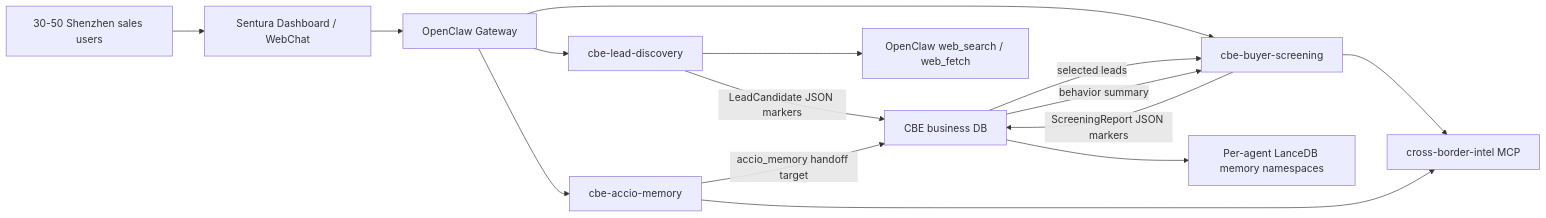
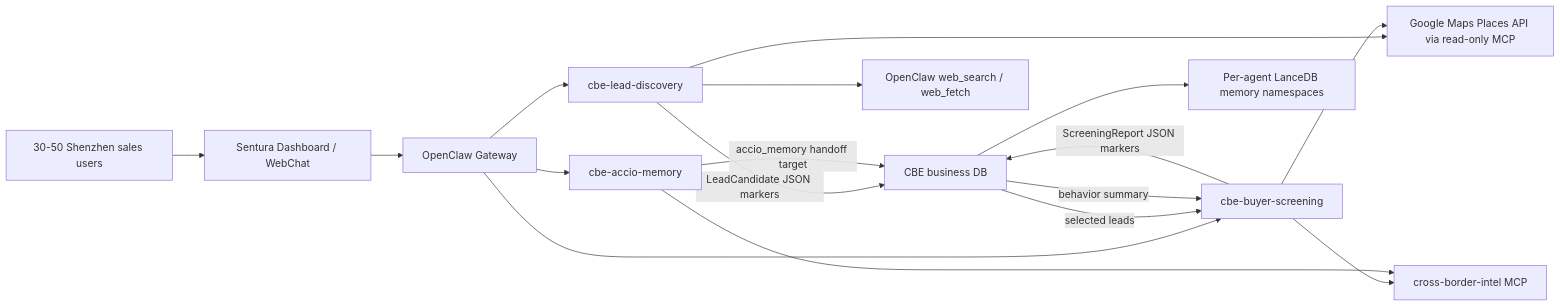
One commit to Sentura-Inc/Sentura-Platform changed the diagram in 跨境电商/DESIGN.md. Above: the diagram before and after it, drawn with Mermaid. The commit also changed other lines of this file and 52 other files, not shown here.

Commit message:
Google Map API integrated

````diff
--- a/跨境电商/DESIGN.md
+++ b/跨境电商/DESIGN.md
@@ -205,19 +205,21 @@
 ```mermaid
 flowchart LR
   U["30-50 Shenzhen sales users"] --> D["Sentura Dashboard / WebChat"]
   D --> G["OpenClaw Gateway"]
   G --> L["cbe-lead-discovery"]
   G --> S["cbe-buyer-screening"]
   G --> M["cbe-accio-memory"]
 
   L -->|"LeadCandidate JSON markers"| DB["CBE business DB"]
   DB -->|"selected leads"| S
   M -->|"accio_memory handoff target"| DB
   DB -->|"behavior summary"| S
   S -->|"ScreeningReport JSON markers"| DB
 
+  L --> MAPS["Google Maps Places API via read-only MCP"]
   L --> WS["OpenClaw web_search / web_fetch"]
   S --> INTEL["cross-border-intel MCP"]
+  S --> MAPS
   M --> INTEL
   DB --> MEM["Per-agent LanceDB memory namespaces"]
 ```
````
